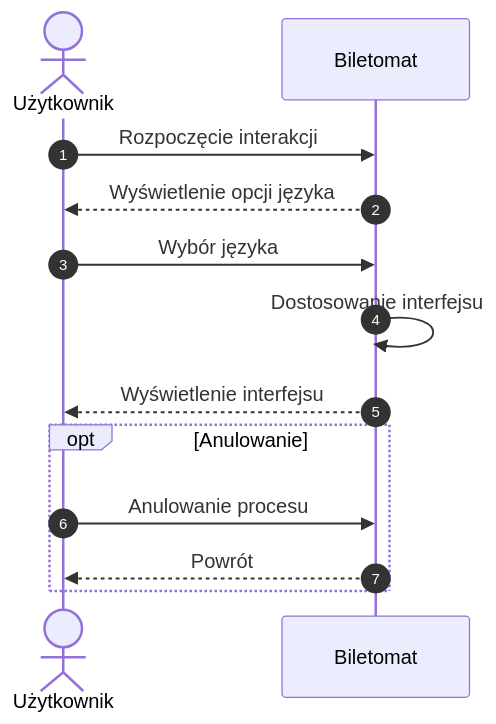
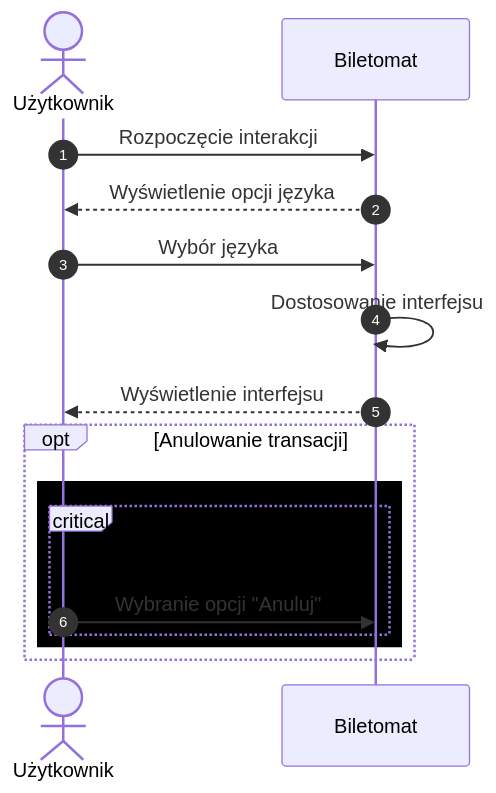
One commit to Mkkami/MWO changed the second of 4 diagrams in sekwencja.md. Above: the diagram before and after it, drawn with Mermaid. The commit also changed other lines of this file, not shown here.

Commit message:
Refactor transaction cancellation flow in sekwencja.md

````diff
--- a/sekwencja.md
+++ b/sekwencja.md
@@ -28,18 +31,21 @@
 ```mermaid
 sequenceDiagram
 autonumber
     actor U as Użytkownik
     participant B as Biletomat
 
     U ->> B: Rozpoczęcie interakcji
     B -->>U: Wyświetlenie opcji języka
 
     U ->> B: Wybór języka
     B ->>B: Dostosowanie interfejsu
     B -->>U: Wyświetlenie interfejsu
 
-    opt Anulowanie
-        U ->> B: Anulowanie procesu
-        B -->> U: Powrót
+    opt Anulowanie transacji
+      rect rgb(0, 0, 0)
+            critical Referencja: Anulowanie transakcji
+                U->>B: Wybranie opcji "Anuluj"
+            end
+        end
     end    
 ```
````
